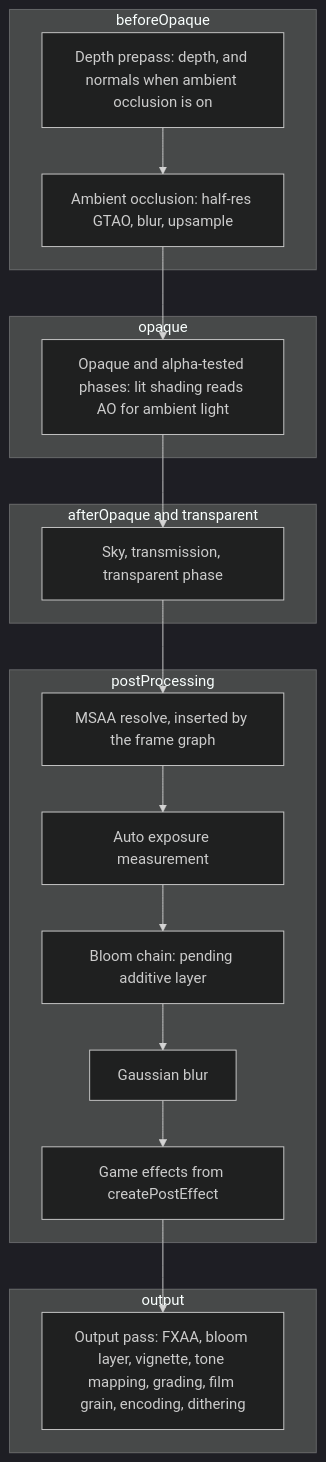
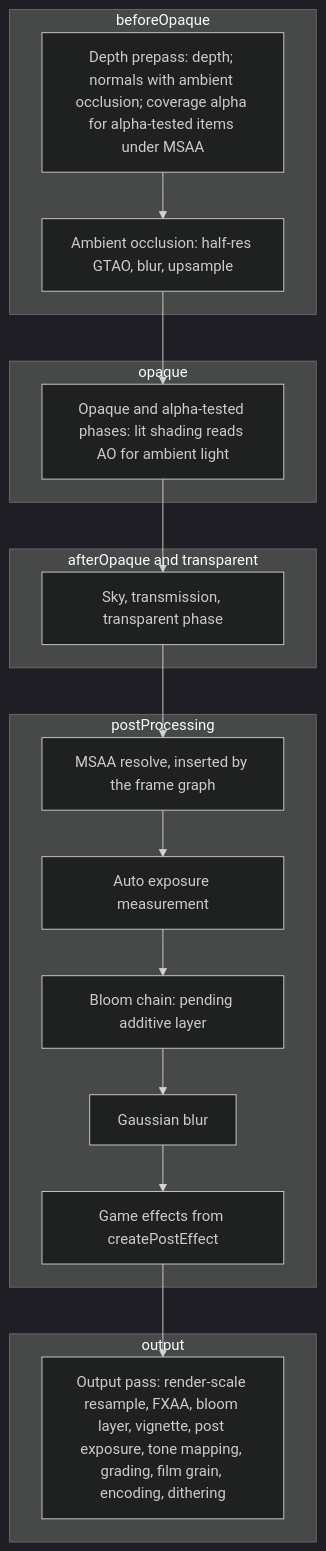
One commit to Forge-Game-Engine/Forge changed the first of 3 diagrams in design/3d/13-post-processing-and-anti-aliasing.md. Above: the diagram before and after it, drawn with Mermaid (dark theme). The commit also changed other lines of this file and 3 other files, not shown here.

````diff
--- a/design/3d/13-post-processing-and-anti-aliasing.md
+++ b/design/3d/13-post-processing-and-anti-aliasing.md
@@ -354,24 +417,24 @@
 ```mermaid
 flowchart TB
   subgraph beforeOpaque
-    PP[Depth prepass: depth, and normals when ambient occlusion is on]
+    PP[Depth prepass: depth; normals with ambient occlusion; coverage alpha for alpha-tested items under MSAA]
     AO[Ambient occlusion: half-res GTAO, blur, upsample]
   end
   subgraph opaque
     OP[Opaque and alpha-tested phases: lit shading reads AO for ambient light]
   end
   subgraph transparentStage [afterOpaque and transparent]
     TR[Sky, transmission, transparent phase]
   end
   subgraph postProcessing
     R[MSAA resolve, inserted by the frame graph]
     AE[Auto exposure measurement]
     BL[Bloom chain: pending additive layer]
     GB[Gaussian blur]
     CE[Game effects from createPostEffect]
   end
   subgraph output
-    O[Output pass: FXAA, bloom layer, vignette, tone mapping, grading, film grain, encoding, dithering]
+    O[Output pass: render-scale resample, FXAA, bloom layer, vignette, post exposure, tone mapping, grading, film grain, encoding, dithering]
   end
   PP --> AO --> OP --> TR --> R --> AE --> BL --> GB --> CE --> O
 ```
````
